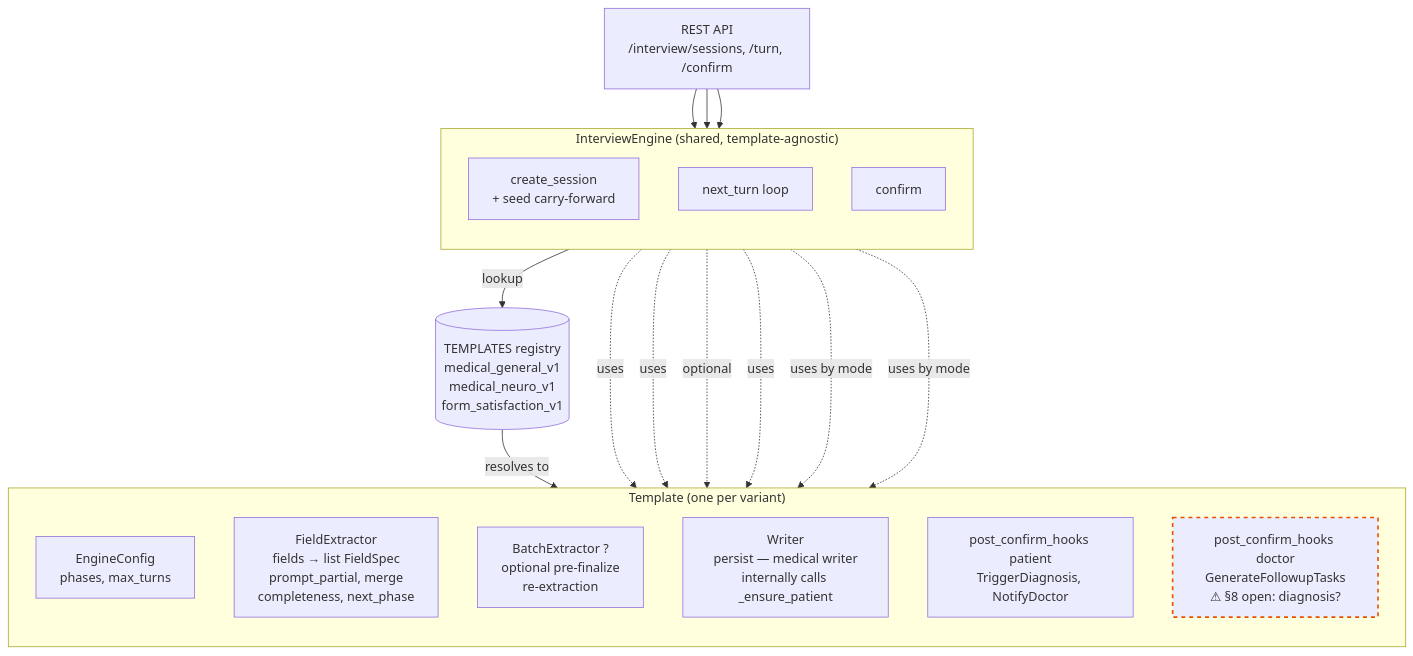
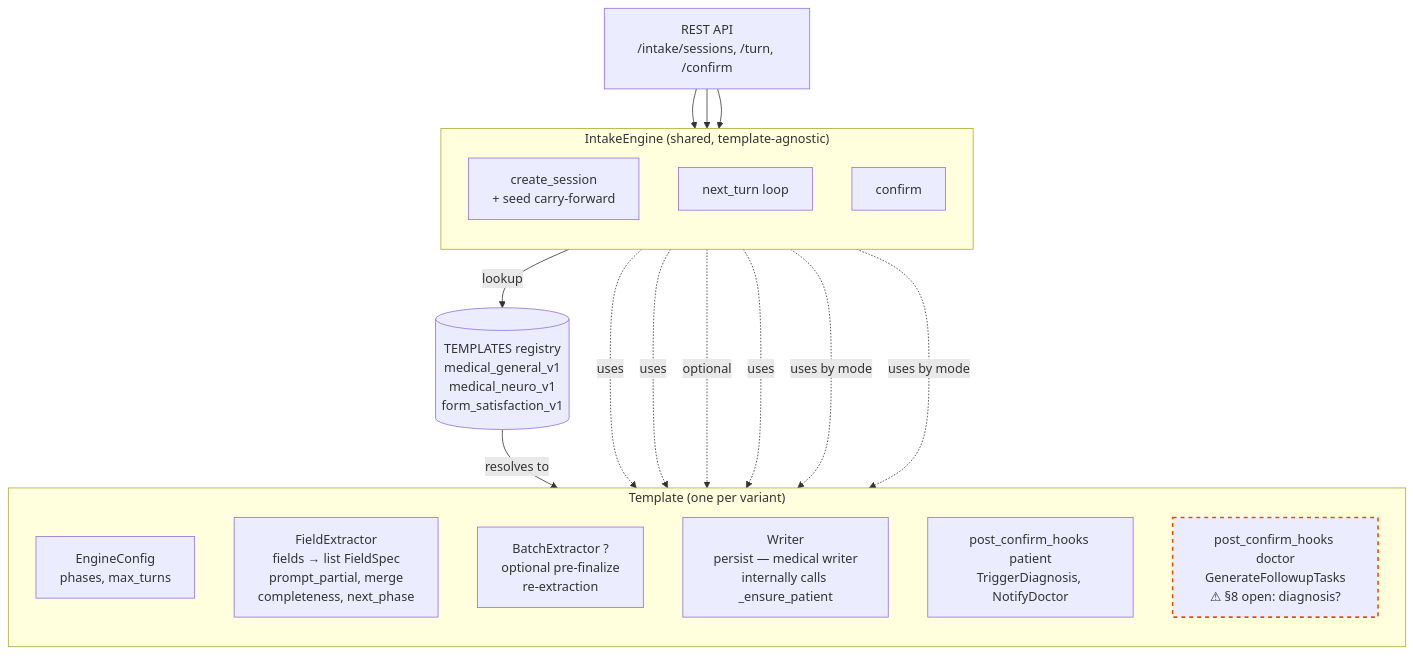
The second of 3 diagrams in docs/superpowers/specs/archived/2026-04-22-intake-pipeline-extensibility-design.md (moments8890/doctor-ai-agent), drawn with Mermaid before and after one commit. The commit also changed other lines of this file and 337 other files, not shown here.

````diff
--- a/docs/superpowers/specs/archived/2026-04-22-intake-pipeline-extensibility-design.md
+++ b/docs/superpowers/specs/archived/2026-04-22-intake-pipeline-extensibility-design.md
@@ -215,35 +215,35 @@
 ```mermaid
 flowchart TB
-    API[REST API<br/>/interview/sessions, /turn, /confirm]
+    API[REST API<br/>/intake/sessions, /turn, /confirm]
 
-    subgraph Engine["InterviewEngine (shared, template-agnostic)"]
+    subgraph Engine["IntakeEngine (shared, template-agnostic)"]
         direction TB
         Create[create_session<br/>+ seed carry-forward]
         Turn[next_turn loop]
         Confirm[confirm]
     end
 
     Registry[(TEMPLATES registry<br/>medical_general_v1<br/>medical_neuro_v1<br/>form_satisfaction_v1)]
 
     subgraph Template["Template (one per variant)"]
         direction TB
         Config[EngineConfig<br/>phases, max_turns]
         Extractor[FieldExtractor<br/>fields → list FieldSpec<br/>prompt_partial, merge<br/>completeness, next_phase]
         Batch[BatchExtractor ?<br/>optional pre-finalize<br/>re-extraction]
         Writer[Writer<br/>persist — medical writer<br/>internally calls _ensure_patient]
         HooksP[post_confirm_hooks patient<br/>TriggerDiagnosis, NotifyDoctor]
         HooksD[post_confirm_hooks doctor<br/>GenerateFollowupTasks<br/>⚠ §8 open: diagnosis?]
     end
 
     API --> Create & Turn & Confirm
     Create -->|lookup| Registry
     Registry -->|resolves to| Template
 
     Turn -.uses.-> Extractor
     Confirm -.uses.-> Extractor
     Confirm -.optional.-> Batch
     Confirm -.uses.-> Writer
     Confirm -.uses by mode.-> HooksP & HooksD
 
     style HooksD stroke:#e65100,stroke-width:2px,stroke-dasharray:5
 ```
````
